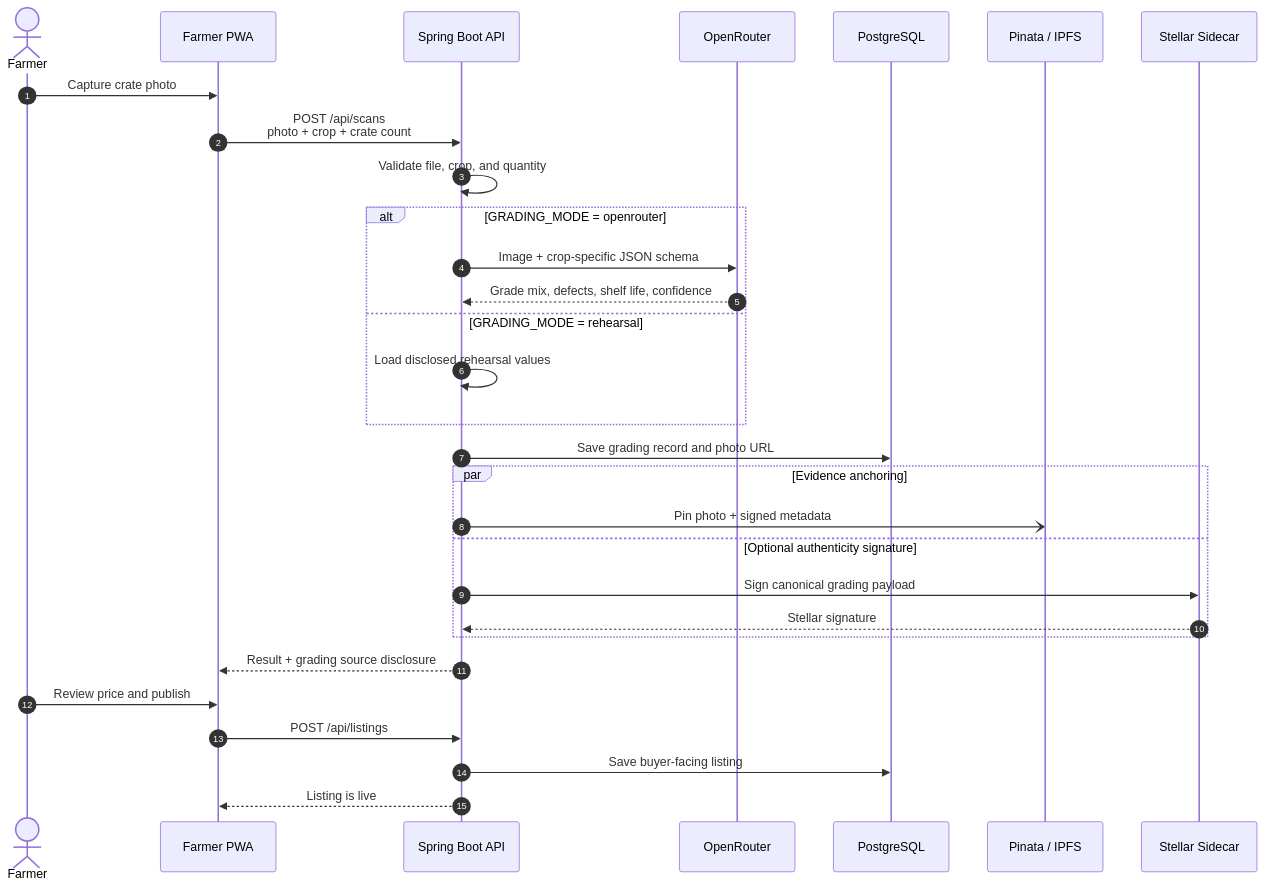
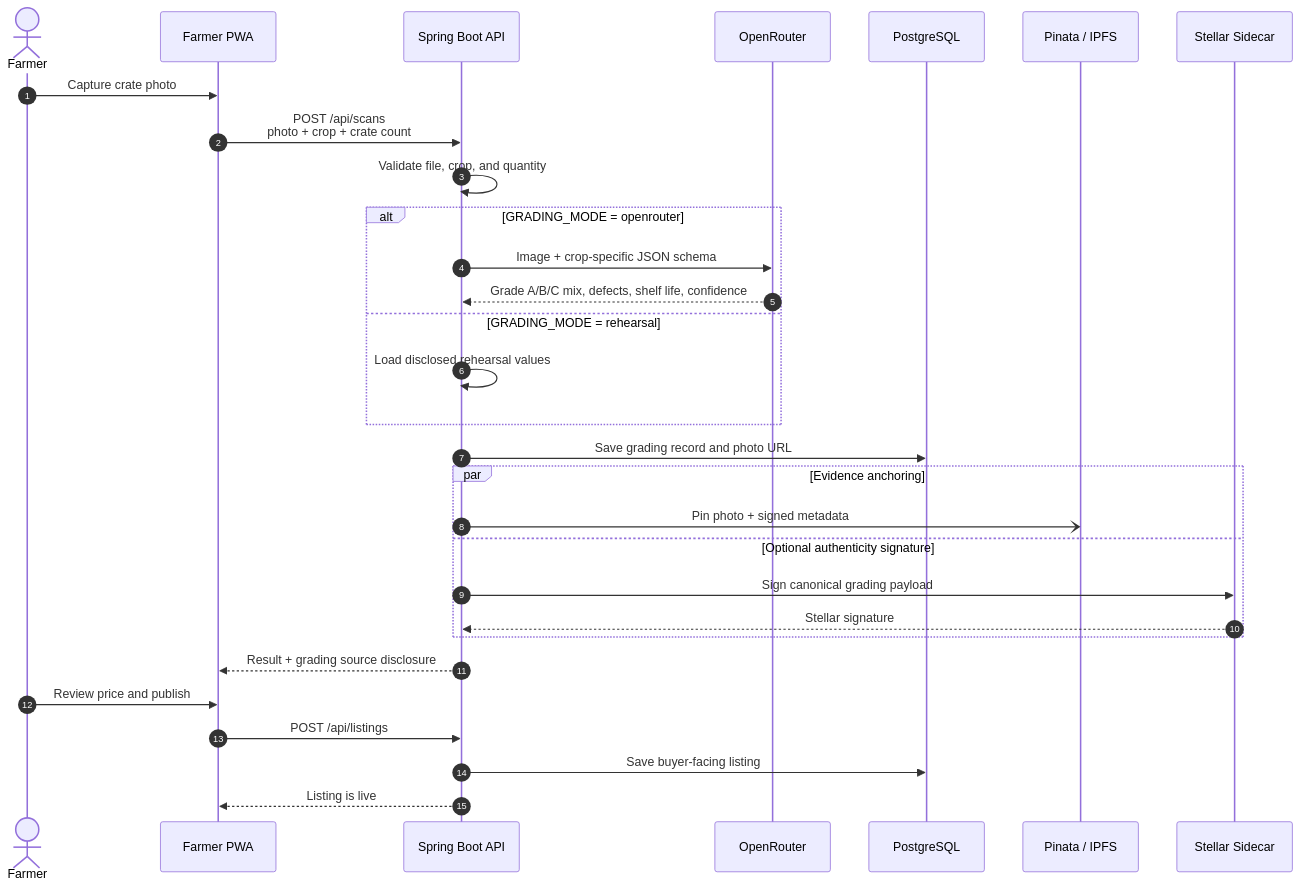
One commit to BudakGPT/yield-grid changed the second of 3 diagrams in README.md. Above: the diagram before and after it, drawn with Mermaid. The commit also changed other lines of this file and 28 other files, not shown here.

````diff
--- a/README.md
+++ b/README.md
@@ -186,36 +186,36 @@
 ```mermaid
 sequenceDiagram
     autonumber
     actor Farmer
     participant PWA as Farmer PWA
     participant API as Spring Boot API
     participant VLM as OpenRouter
     participant DB as PostgreSQL
     participant IPFS as Pinata / IPFS
     participant Signer as Stellar Sidecar
 
     Farmer->>PWA: Capture crate photo
     PWA->>API: POST /api/scans<br/>photo + crop + crate count
     API->>API: Validate file, crop, and quantity
 
     alt GRADING_MODE = openrouter
         API->>VLM: Image + crop-specific JSON schema
-        VLM-->>API: Grade mix, defects, shelf life, confidence
+        VLM-->>API: Grade A/B/C mix, defects, shelf life, confidence
     else GRADING_MODE = rehearsal
         API->>API: Load disclosed rehearsal values
     end
 
     API->>DB: Save grading record and photo URL
     par Evidence anchoring
         API-)IPFS: Pin photo + signed metadata
     and Optional authenticity signature
         API->>Signer: Sign canonical grading payload
         Signer-->>API: Stellar signature
     end
 
     API-->>PWA: Result + grading source disclosure
     Farmer->>PWA: Review price and publish
     PWA->>API: POST /api/listings
     API->>DB: Save buyer-facing listing
     API-->>PWA: Listing is live
 ```
````
